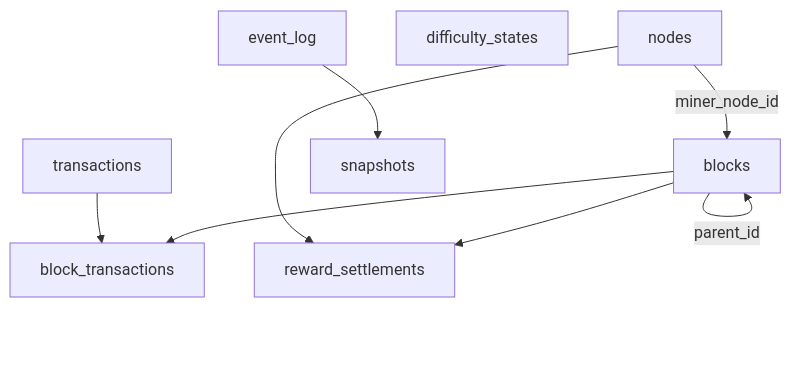
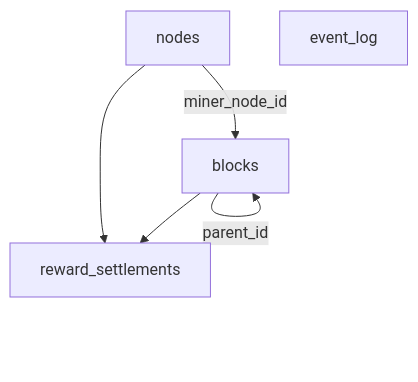
One commit to 1hoodlab/bitpool changed the diagram in docs/DB_DESIGN.md. Above: the diagram before and after it, drawn with Mermaid. The commit also changed other lines of this file and 13 other files, not shown here.

First line of the commit message:
Refactors database schema and event handling for reward settlements

````diff
--- a/docs/DB_DESIGN.md
+++ b/docs/DB_DESIGN.md
@@ -5,19 +5,12 @@
 ```mermaid
 flowchart TD
     Nodes[nodes]
     Blocks[blocks]
-    Transactions[transactions]
-    BlockTransactions[block_transactions]
-    DifficultyStates[difficulty_states]
     RewardSettlements[reward_settlements]
     EventLog[event_log]
-    Snapshots[snapshots]
 
     Nodes -->|"miner_node_id"| Blocks
     Blocks -->|"parent_id"| Blocks
-    Blocks --> BlockTransactions
-    Transactions --> BlockTransactions
     Blocks --> RewardSettlements
     Nodes --> RewardSettlements
-    EventLog --> Snapshots
 ```
````
